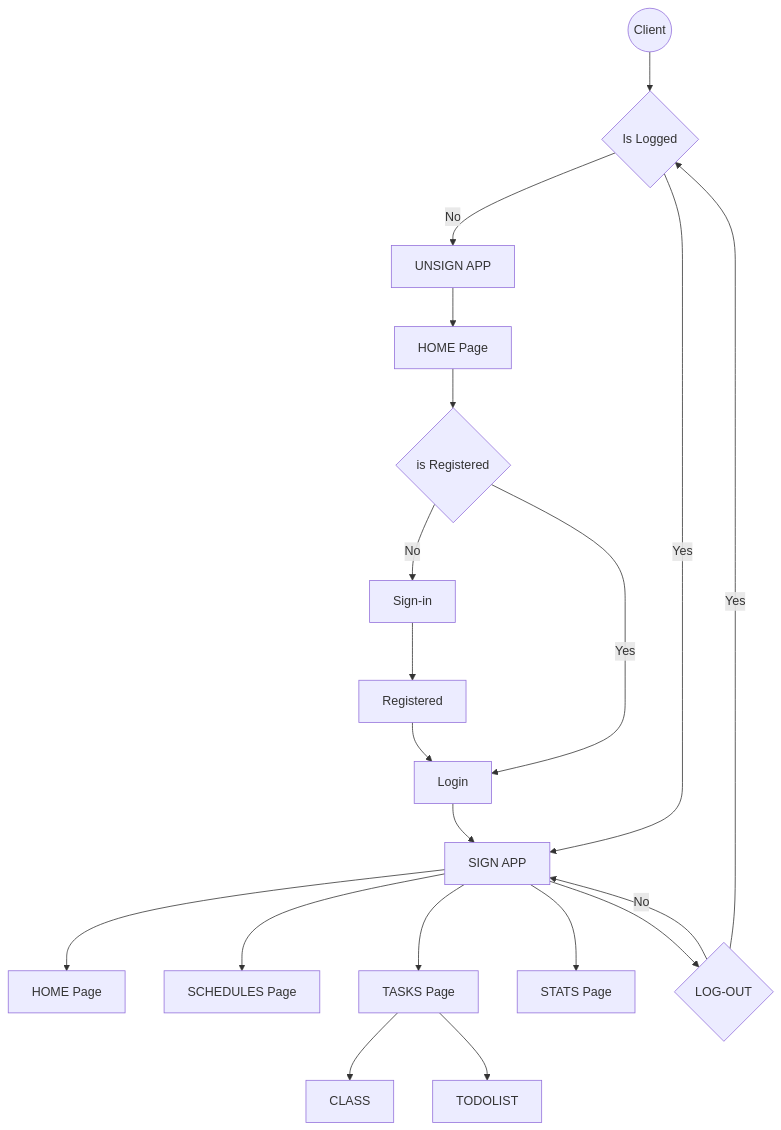
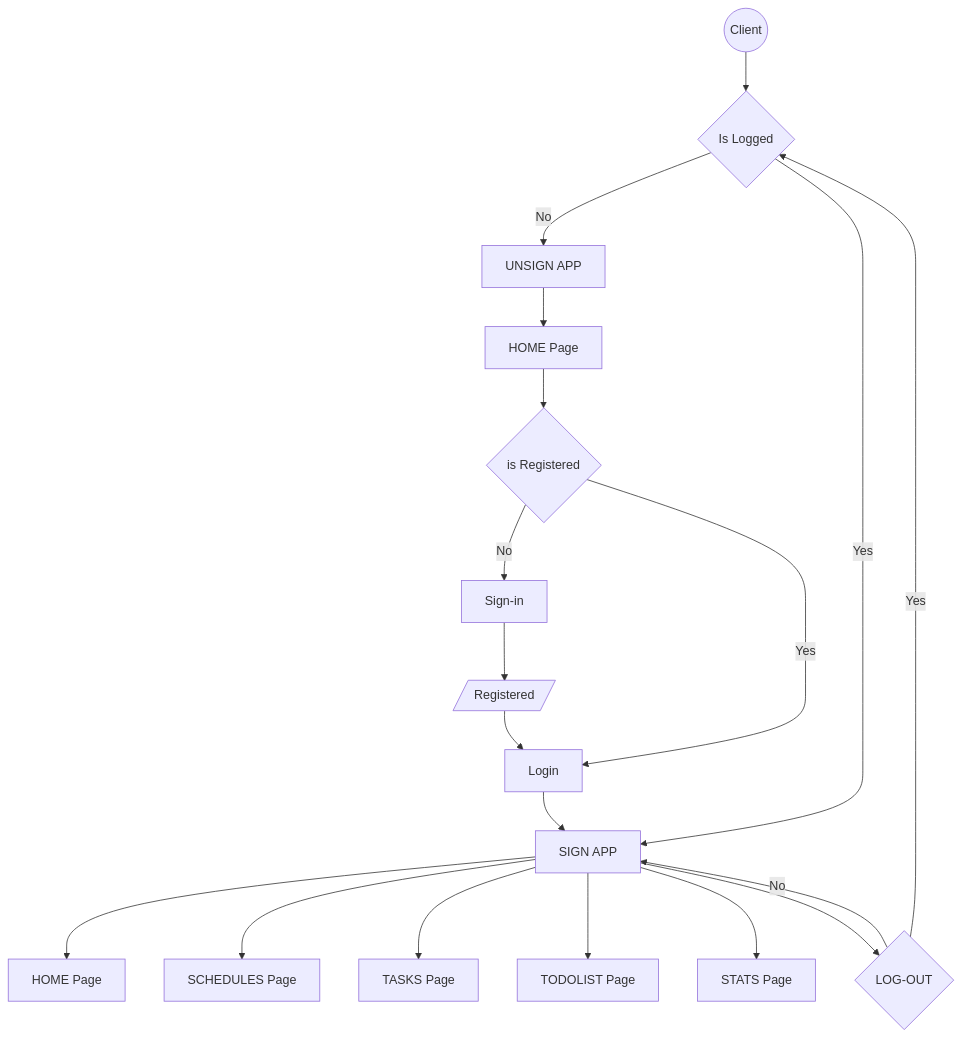
One commit to Ashonst2844/minenager changed the diagram in docs/workflow.md. Above: the diagram before and after it, drawn with Mermaid. The commit also changed 1 other file, not shown here.

Commit message:
Fixing Error Deployment

````diff
--- a/docs/workflow.md
+++ b/docs/workflow.md
@@ -1,24 +1,23 @@
 ```mermaid
 flowchart TD
 A((Client))
 A-->Log{Is Logged}
 
 Log-->|No| un-app[UNSIGN APP]
 un-app-->C[HOME Page]
 C-->Reg{is Registered}
 
-Reg-->|No| D[Sign-in] --> E[Registered] --> Login
+Reg-->|No| D[Sign-in] --> E[/Registered/] --> Login
 Reg-->|Yes| Login -->app
 
 Log-->|Yes| app[SIGN APP]
 app-->home[HOME Page]
 app-->schedules[SCHEDULES Page]
 app-->tasks[TASKS Page]
-tasks-->clas[CLASS]
-tasks-->todo[TODOLIST]
+app-->todo[TODOLIST Page]
 app-->stats[STATS Page]
 
 app-->logout{LOG-OUT}
 logout-->|No| app
 logout-->|Yes| Log
 ```
````
